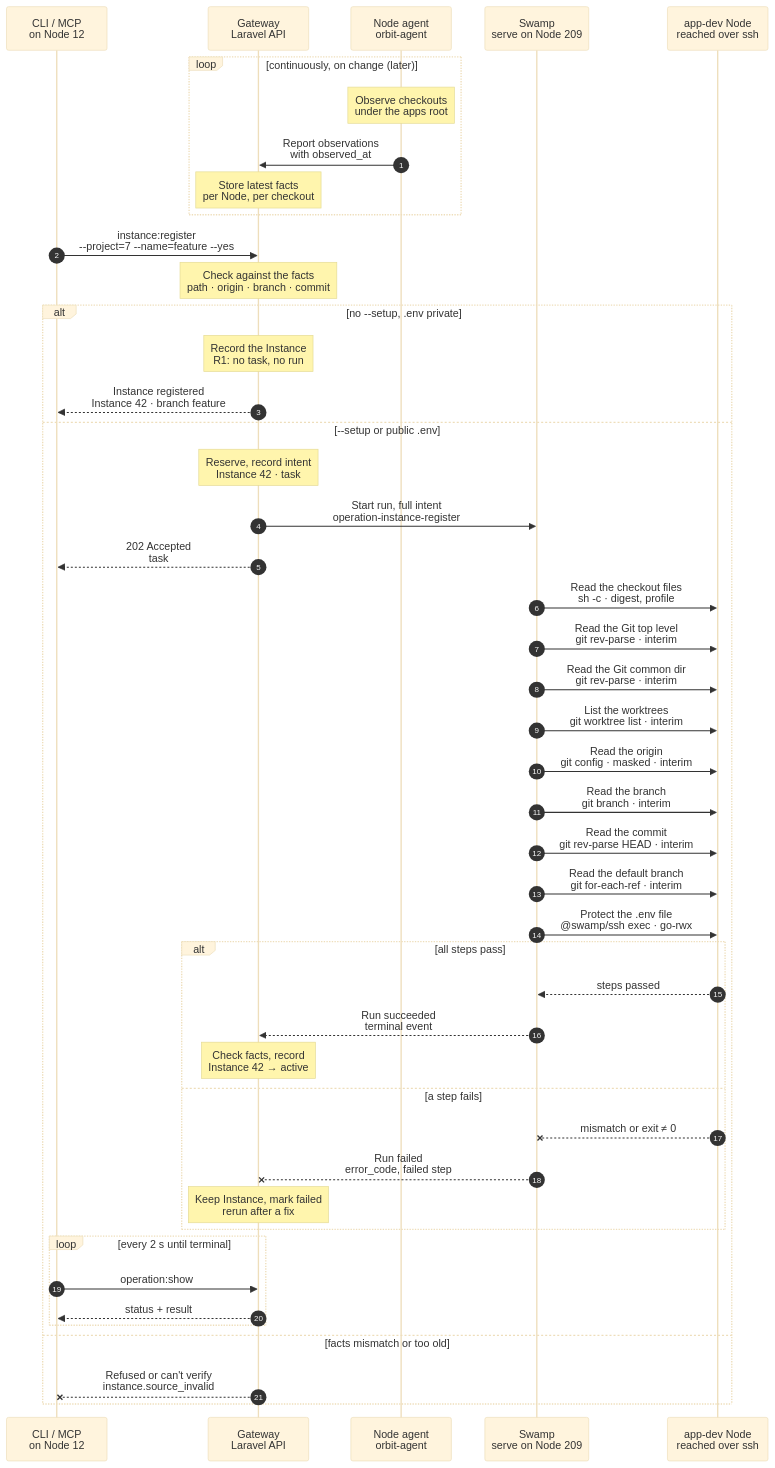
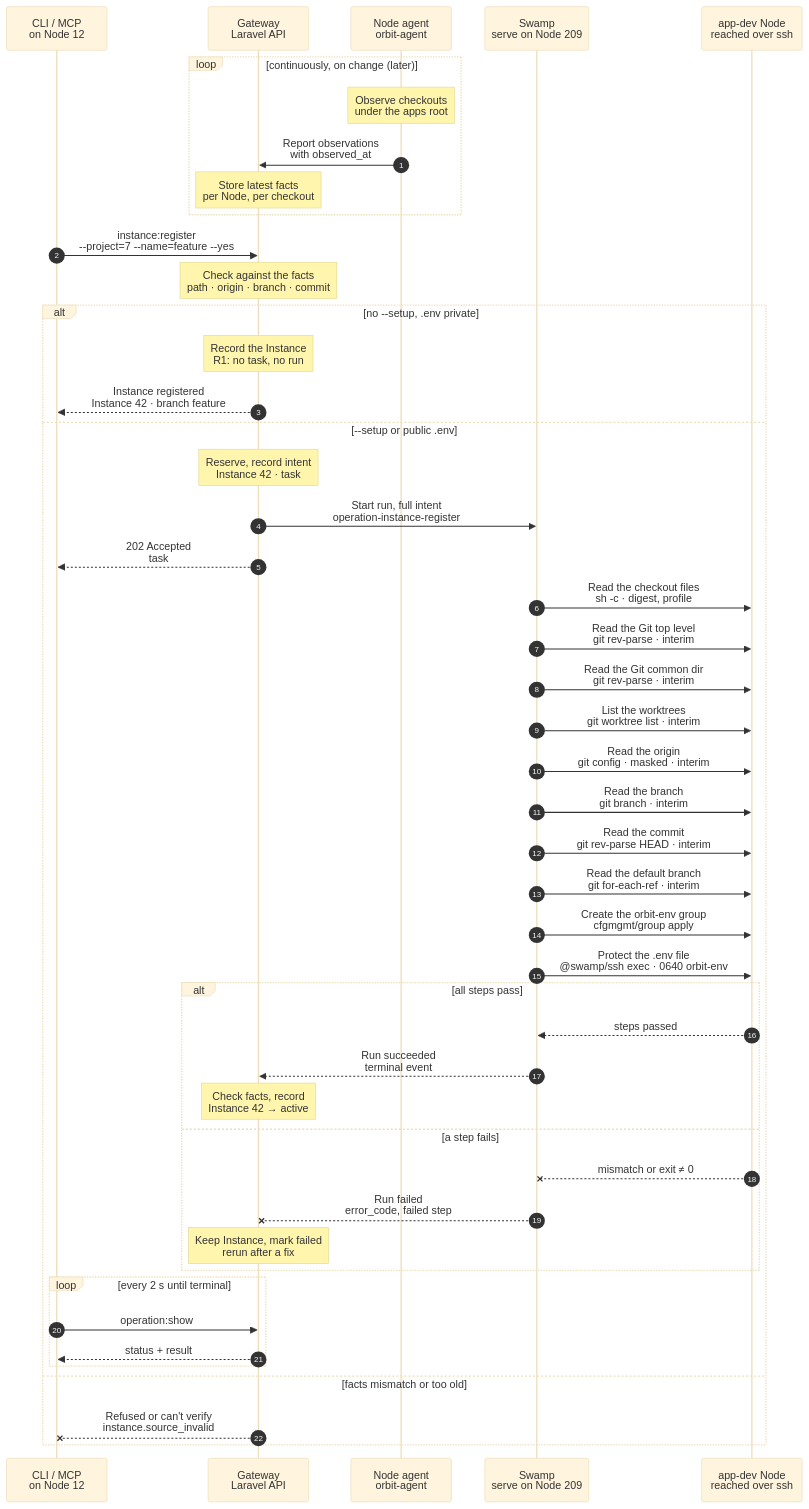
The diagram in docs/cli/instance/register.mmd (hardimpactdev/orbit), drawn with Mermaid (base theme) before and after one commit. The commit also changed 64 other files, not shown here.

```diff
--- a/docs/cli/instance/register.mmd
+++ b/docs/cli/instance/register.mmd
@@ -1,176 +1,177 @@
 sequenceDiagram
   %% Target design: rule 1 (read-only from Node agent reports, like tool.adopt), R1 record-only branch, R4 Node-work branch like tool.remove; .env stays the user's file; Processes from Project definitions for development (instance.create). docs/domains/applications.md#register-an-existing-checkout.
   %% Tightened: flow-tighten 2026-11-02, rules 5, 16, 22 (no Node re-read of admitted facts; cfgmgmt file mode, ssh exec setup, cfgmgmt systemd Processes).
   %% status: draft
   %% Implemented: the record-only branch checks the Node agent's checkout fact (agent 0.8.0 reports .env kind and mode, 2026-11-03). The run branch still carries the interim reads. --setup stays refused (operation.kind_unavailable).
   %% command: instance:register
   %% kind: instance.register
   autonumber
   %% lane CLI icon=terminal pill=caller tone=gray
   %% lane GW icon=gateway pill=intent tone=blue
   %% lane A icon=server pill=observer tone=amber
   %% lane SW icon=workflow pill=executes tone=green
   %% lane N icon=server pill=target tone=amber
   participant CLI as CLI / MCP<br/>on Node 12
   participant GW as Gateway<br/>Laravel API
   participant A as Node agent<br/>orbit-agent
   participant SW as Swamp<br/>serve on Node 209
   participant N as app-dev Node<br/>reached over ssh
   loop continuously, on change (later)
     Note over A: Observe checkouts<br/>under the apps root
     %%> Later:
     %%> - this observation lands in the Node agent's observer pass; today the agent watches only task checkouts, at most 64 per Node
     %%> - until then, `instance:register` keeps its Swamp read of the checkout over `@swamp/ssh`
     %%> What it observes:
     %%> - each Git checkout under `<apps-root>/<project-slug>/<name>`
     %%> - its owner, Git layout, origin, branch and `HEAD` commit, and whether it is dirty
     %%> - whether `.env` exists and who can read it
     %%> - application facts: PHP version and whether it is Laravel
     %%> Runs as:
     %%> - read-only; the Node agent never changes a Node
     A->>GW: Report observations<br/>with observed_at
     %%> What it sends:
     %%> - what changed since the last report, with the time it was observed
     Note over GW: Store latest facts<br/>per Node, per checkout
     %%> Result:
     %%> - the Gateway always has a recent picture of the checkouts on each app-dev Node
   end
   CLI->>GW: instance:register<br/>--project=7 --name=feature --yes
   %%> Command:
   %%> - `cd /fast/apps/acme/feature && orbit instance:register --project=7 --name=feature --yes`
   %%> - syntax: `--project=ID [--path=PATH] [--name=NAME] [--root=PATH] [--setup] [--yes] [--idempotency-key=KEY] [--json]`
   %%> What registering means:
   %%> - Orbit adopts a checkout that already exists, in place
   %%> - Orbit owns the source from now on; a later `instance:destroy` deletes the checkout
   %%> Confirmation:
   %%> - without `--yes`, the CLI asks for consent that names the source; the default is No
   %%> - without a terminal, or with `--json`, `--yes` is required
   %%> CLI checks first:
   %%> - the directory is a Git checkout, and its origin has no credentials
   Note over GW: Check against the facts<br/>path · origin · branch · commit
   %%> Requirements:
   %%> - the request comes from Node 12 itself; the Node that sends it receives the Instance
   %%> - Node 12 has the `app-dev` role, and Project 7 may be placed on it
   %%> - the name `feature` is free in Project 7
   %%> Checks in the agent's latest report:
   %%> - the checkout is at `/fast/apps/acme/feature` and the Node's managed user owns it
   %%> - its origin is Project 7's repository
   %%> - it is a plain checkout, not a linked worktree
   %%> - the report is fresh enough to trust
   %%> Decides:
   %%> - whether the Node needs work, or only a record
   alt no --setup, .env private
     Note over GW: Record the Instance<br/>R1: no task, no run
     %%> When:
     %%> - no `--setup`, and `.env` is absent or readable only by its owner
     %%> Result:
     %%> - Instance 42 recorded as active, with the observed branch, commit and application facts
     %%> - Git `HEAD`, the index, dirty files and `.env` stay as they are
     %%> - no Swamp run starts (R1)
     %%> Not included:
     %%> - no Process starts; use `--setup`, or `instance:setup` later
     GW-->>CLI: Instance registered<br/>Instance 42 · branch feature
     %%> What you get:
     %%> - the final result at once; there is nothing to follow
   else --setup or public .env
     Note over GW: Reserve, record intent<br/>Instance 42 · task #5131
     %%> When:
     %%> - `--setup` was given, or the agent saw a `.env` that others can read
     %%> Result:
     %%> - Instance 42 recorded as reserved, with the observed facts
     %%> - task #5131 recorded with the full intent
     %%> Today:
     %%> - `--setup` returns `operation.kind_unavailable`
     GW->>SW: Start run, full intent<br/>operation-instance-register
     %%> What it does:
     %%> - starts one Swamp run on serve (Node 209)
     %%> Inputs:
     %%> - Node 12's address and SSH host keys; the SSH identity comes from the `swamp` role
     %%> - the observed facts, the setup steps, the development Process definitions
     GW-->>CLI: 202 Accepted<br/>task #5131
     %%> What you get:
     %%> - the task number, at once
     %%> Next:
     %%> - the CLI follows the task with `operation:show`
     SW->>N: Read the checkout files<br/>sh -c · digest, profile
     %%> Interim:
     %%> - these eight reads replace the agent's report until its observer pass lands; each is one `@swamp/ssh` exec argv
     %%> What it reads:
     %%> - one read of the file tree digest, the `artisan` entry point and `composer.json`
     SW->>N: Read the Git top level<br/>git rev-parse · interim
     %%> What it reads:
     %%> - the checkout's top-level directory
     SW->>N: Read the Git common dir<br/>git rev-parse · interim
     %%> What it reads:
     %%> - the shared `.git` directory; a linked worktree has another one
     SW->>N: List the worktrees<br/>git worktree list · interim
     %%> What it reads:
     %%> - every worktree of the repository
     SW->>N: Read the origin<br/>git config · masked · interim
     %%> What it reads:
     %%> - the origin URL, with any embedded credential masked before it leaves the Node
     SW->>N: Read the branch<br/>git branch · interim
     %%> What it reads:
     %%> - the checked-out branch, empty when `HEAD` is detached
     SW->>N: Read the commit<br/>git rev-parse HEAD · interim
     %%> What it reads:
     %%> - the `HEAD` commit
     SW->>N: Read the default branch<br/>git for-each-ref · interim
     %%> What it reads:
     %%> - the remote default branch
-    SW->>N: Protect the .env file<br/>@swamp/ssh exec · go-rwx
+    SW->>N: Create the orbit-env group<br/>cfgmgmt/group apply
+    SW->>N: Protect the .env file<br/>@swamp/ssh exec · 0640 orbit-env
     %%> How:
-    %%> - one `chmod go-rwx` argv on a regular `.env`, safe to repeat
+    %%> - on a regular `.env`, root runs `chgrp -h orbit-env`, which never follows a link, then the account sets mode 0640; safe to repeat
     %%> What it does:
-    %%> - removes group and public access from `.env`
+    %%> - lets only the Node agent's group read `.env`, so the agent can report its key names; removes public access
     %%> Interim:
     %%> - runs after the reads, before the Gateway checks them; a refused source keeps the tighter mode
     %%> Not included:
     %%> - never reads or changes the content; the file stays the user's
     %%> Later, with --setup:
     %%> - Run Project setup steps (`@swamp/ssh` exec, in order), then Create, start Processes (`@swamp/cfgmgmt/systemd`, forEach)
     alt all steps pass
       N-->>SW: steps passed
       %%> Returns:
       %%> - every step passed
       SW-->>GW: Run succeeded<br/>terminal event
       %%> How the Gateway learns it:
       %%> - its shared run reader sees the terminal event; Swamp never calls the Gateway
       Note over GW: Check facts, record<br/>Instance 42 → active
       %%> What it checks (interim):
       %%> - the top level is the checkout, its `.git` is its own, and it is the only worktree
       %%> - the origin is Project 7's repository; a masked origin is refused (`instance.source_identity_invalid`)
       %%> - `composer.json` and the entry point give a supported PHP version and the Laravel flag
       %%> Result:
       %%> - Instance 42 becomes active with the read branch, commit and application facts; task #5131 succeeds
       %%> - a mismatch fails task #5131 and keeps Instance 42 reserved (`instance.registration_conflict`)
     else a step fails
       N--xSW: mismatch or exit ≠ 0
       %%> When:
       %%> - the checkout no longer matches, or a setup or Process step fails
       SW--xGW: Run failed<br/>error_code, failed step
       %%> The Gateway reads:
       %%> - which step failed and its error code
       Note over GW: Keep Instance, mark failed<br/>rerun after a fix
       %%> Result:
       %%> - Instance 42 stays, marked failed; task #5131 fails
       %%> On the Node:
       %%> - the checkout stays as it is; no rollback
       %%> Retry:
       %%> - run the same command again; it is a new task
     end
     loop every 2 s until terminal
       CLI->>GW: operation:show #5131
       %%> What it does:
       %%> - asks for the task's status every 2 seconds until it has ended
       GW-->>CLI: status + result
       %%> Returns:
       %%> - the current status, and the result once the task has ended
     end
   else facts mismatch or too old
     GW--xCLI: Refused or can't verify<br/>instance.source_invalid
     %%> When:
     %%> - the path, owner, origin or layout doesn't match, or the agent hasn't reported recently
     %%> Result:
     %%> - nothing is recorded; fix the source, or try again when the agent reports
   end
```
